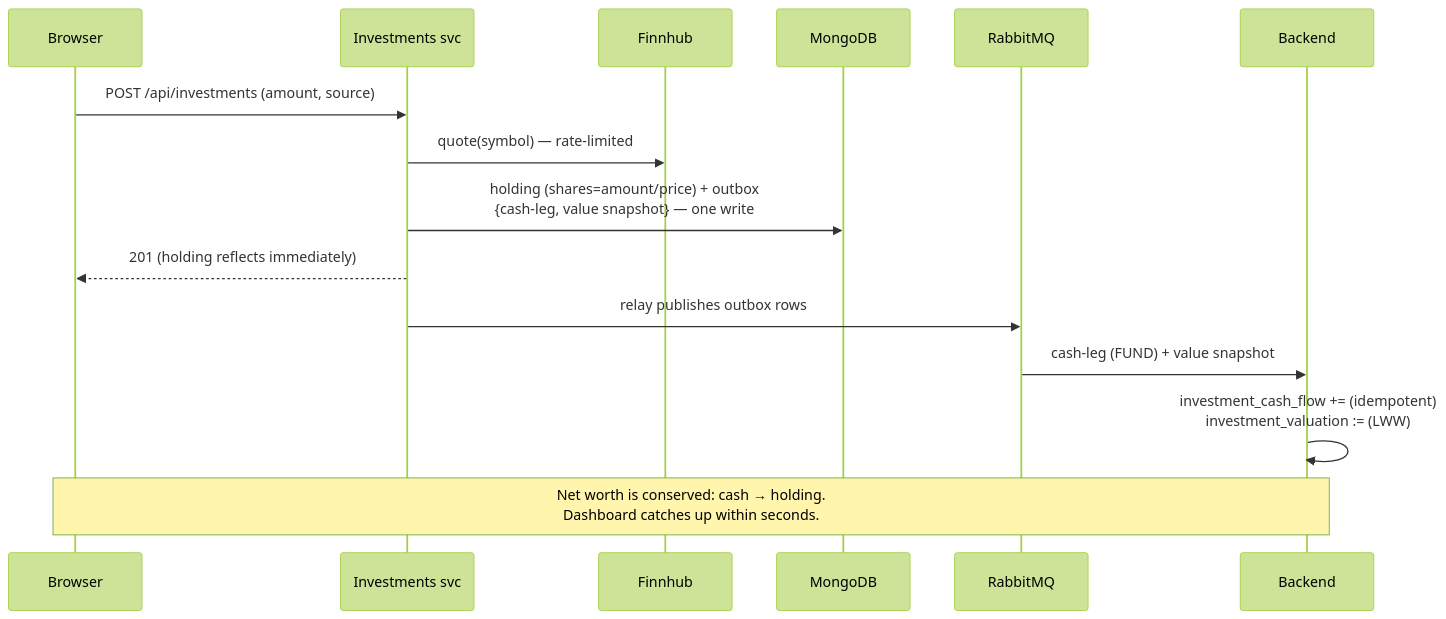
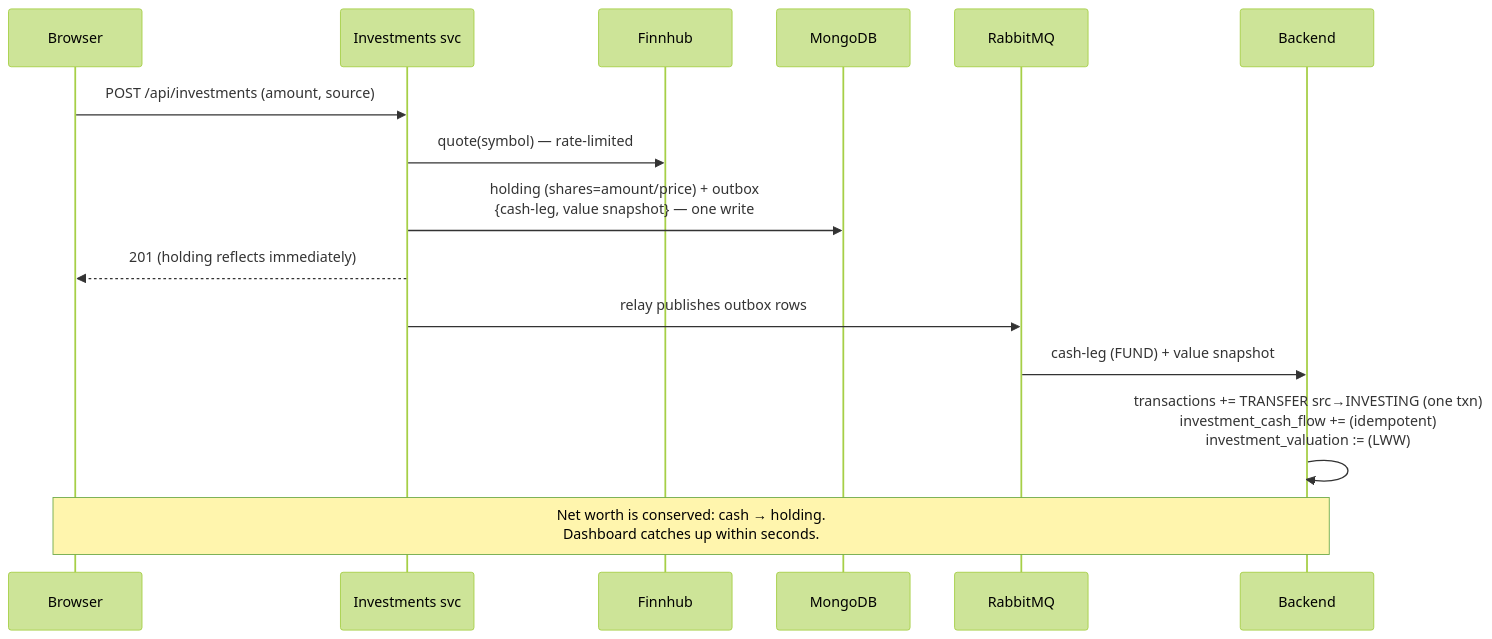
One commit to Durval8/big4 changed the third of 3 diagrams in docs/SYSTEM_DESIGN.md. Above: the diagram before and after it, drawn with Mermaid (forest theme). The commit also changed other lines of this file and 23 other files, not shown here.

````diff
--- a/docs/SYSTEM_DESIGN.md
+++ b/docs/SYSTEM_DESIGN.md
@@ -144,17 +144,17 @@
 ```mermaid
 sequenceDiagram
   participant U as Browser
   participant INV as Investments svc
   participant FH as Finnhub
   participant MG as MongoDB
   participant MQ as RabbitMQ
   participant BE as Backend
   U->>INV: POST /api/investments (amount, source)
   INV->>FH: quote(symbol) — rate-limited
   INV->>MG: holding (shares=amount/price) + outbox<br/>{cash-leg, value snapshot} — one write
   INV-->>U: 201 (holding reflects immediately)
   INV->>MQ: relay publishes outbox rows
   MQ->>BE: cash-leg (FUND) + value snapshot
-  BE->>BE: investment_cash_flow += (idempotent)<br/>investment_valuation := (LWW)
+  BE->>BE: transactions += TRANSFER src→INVESTING (one txn)<br/>investment_cash_flow += (idempotent)<br/>investment_valuation := (LWW)
   Note over U,BE: Net worth is conserved: cash → holding.<br/>Dashboard catches up within seconds.
 ```
````
